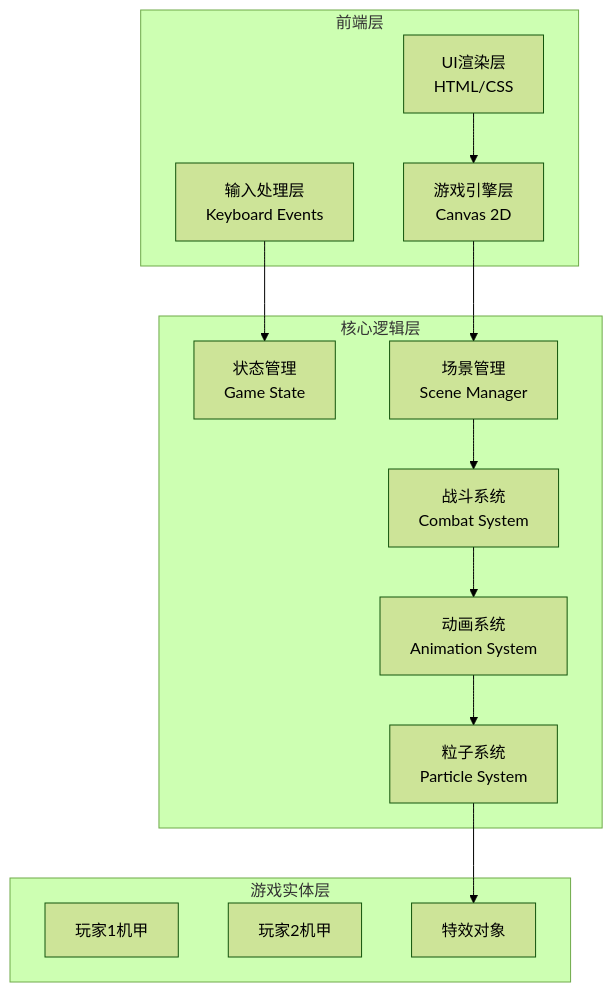
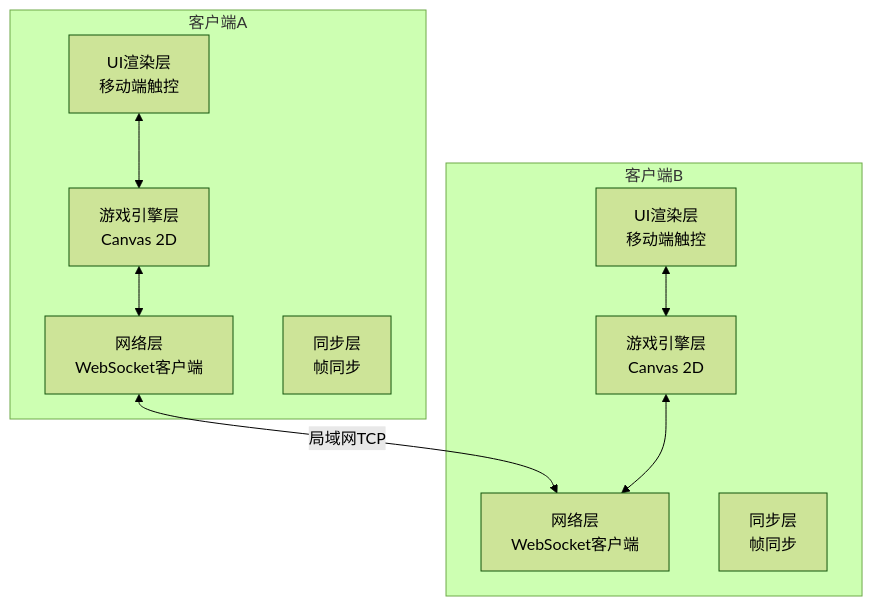
Before and after one commit to West-Building/MyGame: the first of 2 diagrams in .trae/documents/Technical-Architecture.md, drawn with Mermaid (forest theme). The commit also changed other lines of this file and 3 other files, not shown here.

````diff
--- a/.trae/documents/Technical-Architecture.md
+++ b/.trae/documents/Technical-Architecture.md
@@ -5,30 +5,22 @@
 ```mermaid
 graph TB
-    subgraph 前端层
-        UI[UI渲染层<br/>HTML/CSS]
-        GAME[游戏引擎层<br/>Canvas 2D]
-        INPUT[输入处理层<br/>Keyboard Events]
+    subgraph 客户端A
+        UI_A[UI渲染层<br/>移动端触控]
+        GAME_A[游戏引擎层<br/>Canvas 2D]
+        NET_A[网络层<br/>WebSocket客户端]
+        SYNC_A[同步层<br/>帧同步]
     end
     
-    subgraph 核心逻辑层
-        SM[状态管理<br/>Game State]
-        SCENE[场景管理<br/>Scene Manager]
-        COMBAT[战斗系统<br/>Combat System]
-        ANIM[动画系统<br/>Animation System]
-        PARTICLE[粒子系统<br/>Particle System]
+    subgraph 客户端B
+        UI_B[UI渲染层<br/>移动端触控]
+        GAME_B[游戏引擎层<br/>Canvas 2D]
+        NET_B[网络层<br/>WebSocket客户端]
+        SYNC_B[同步层<br/>帧同步]
     end
     
-    subgraph 游戏实体层
-        PLAYER1[玩家1机甲]
-        PLAYER2[玩家2机甲]
-        EFFECT[特效对象]
-    end
-    
-    UI --> GAME
-    INPUT --> SM
-    GAME --> SCENE
-    SCENE --> COMBAT
-    COMBAT --> ANIM
-    ANIM --> PARTICLE
-    PARTICLE --> EFFECT
+    NET_A <-->|"局域网TCP"| NET_B
+    UI_A <--> GAME_A
+    GAME_A <--> NET_A
+    UI_B <--> GAME_B
+    GAME_B <--> NET_B
 ```
````
